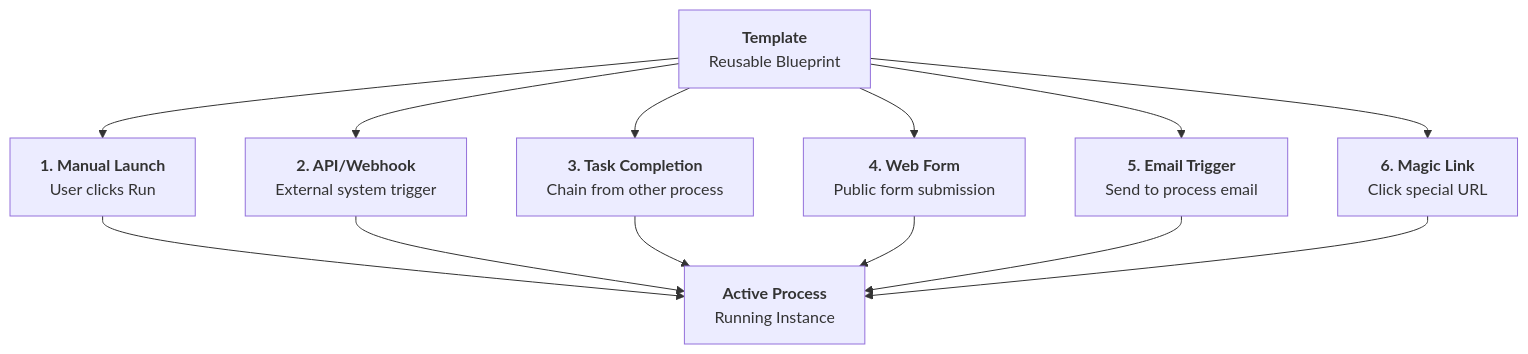
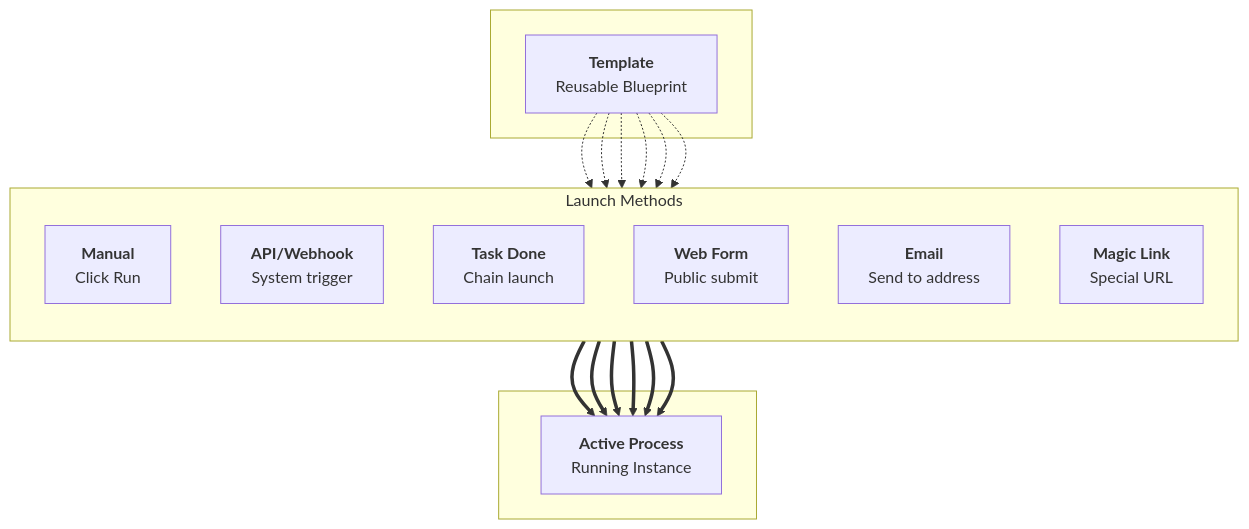
The diagram in src/content/docs/pro/launching/index.mdx (tallyfy/documentation), drawn with Mermaid before and after one commit. The commit also changed 3 other files, not shown here.

````diff
--- a/src/content/docs/pro/launching/index.mdx
+++ b/src/content/docs/pro/launching/index.mdx
@@ -57,41 +57,51 @@
 ```mermaid
-graph TD
-    Template["`**Template**
-    Reusable Blueprint`"]
+flowchart TB
+    subgraph " "
+        Template["`**Template**
+        Reusable Blueprint`"]
+    end
     
-    Template --> Manual["`**1. Manual Launch**
-    User clicks Run`"]
+    subgraph "Launch Methods"
+        direction TB
+        Manual["`**Manual**
+        Click Run`"]
+        API["`**API/Webhook**
+        System trigger`"]
+        Task["`**Task Done**
+        Chain launch`"]
+        Form["`**Web Form**
+        Public submit`"]
+        Email["`**Email**
+        Send to address`"]
+        Magic["`**Magic Link**
+        Special URL`"]
+    end
     
-    Template --> API["`**2. API/Webhook**
-    External system trigger`"]
+    subgraph " "
+        Process["`**Active Process**
+        Running Instance`"]
+    end
     
-    Template --> Cascade["`**3. Task Completion**
-    Chain from other process`"]
+    Template -.-> Manual
+    Template -.-> API
+    Template -.-> Task
+    Template -.-> Form
+    Template -.-> Email
+    Template -.-> Magic
     
-    Template --> WebForm["`**4. Web Form**
-    Public form submission`"]
-    
-    Template --> Email["`**5. Email Trigger**
-    Send to process email`"]
-    
-    Template --> Magic["`**6. Magic Link**
-    Click special URL`"]
-    
-    Manual --> Process["`**Active Process**
-    Running Instance`"]
-    
-    API --> Process
-    Cascade --> Process
-    WebForm --> Process
-    Email --> Process
-    Magic --> Process
+    Manual ==> Process
+    API ==> Process
+    Task ==> Process
+    Form ==> Process
+    Email ==> Process
+    Magic ==> Process
     
     click Manual "/products/pro/launching/how-can-i-launch-a-process-in-tallyfy/" "Manual launching guide"
     click Template "/products/pro/documenting/templates/" "Templates overview"
     click Process "/products/pro/tracking-and-tasks/processes/" "Processes overview"
     click API "/products/pro/integrations/open-api/" "API documentation"
-    click WebForm "/products/pro/launching/how-to-launch-a-tallyfy-process-from-a-webform/" "Web form launching"
+    click Form "/products/pro/launching/how-to-launch-a-tallyfy-process-from-a-webform/" "Web form launching"
     click Email "/products/pro/launching/triggers/via-email/" "Email triggers"
     click Magic "/products/pro/launching/triggers/magic-links/" "Magic links"
-    click Cascade "/products/pro/launching/launch-process-when-task-is-completed/" "Task completion triggers"
+    click Task "/products/pro/launching/launch-process-when-task-is-completed/" "Task completion triggers"
 ```
````
